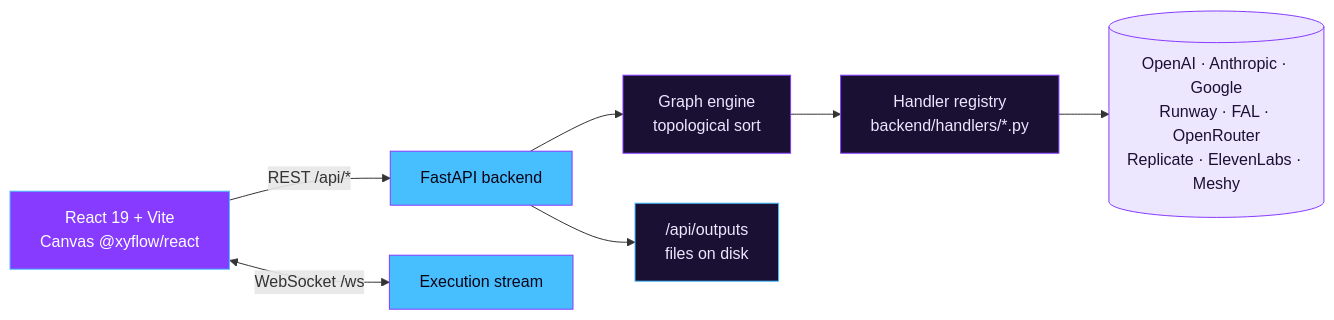
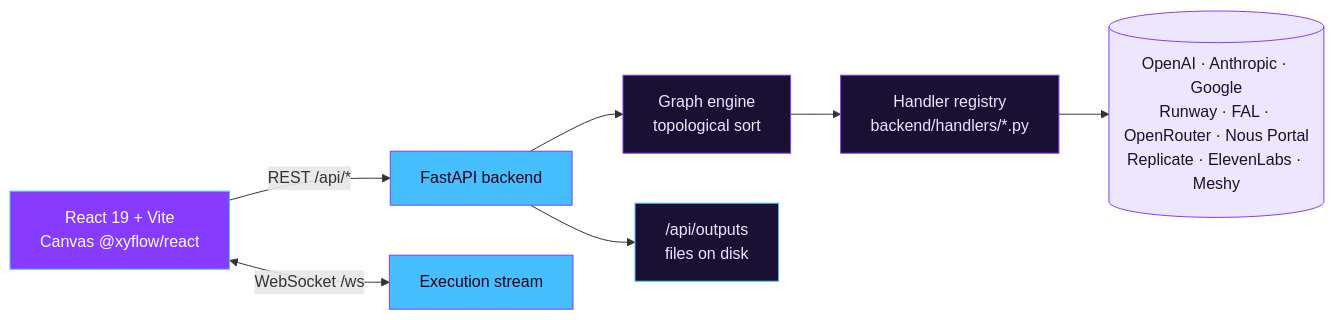
The diagram in README.md (JustinPerea/nebula-nodes), drawn with Mermaid before and after one commit. The commit also changed other lines of this file and 39 other files, not shown here.

First line of the commit message:
Daedalus + Hermes Agent + Nous Portal: full chat agent + canvas provider (#1)

````diff
--- a/README.md
+++ b/README.md
@@ -152,17 +153,17 @@
 ```mermaid
 graph LR
     UI[React 19 + Vite<br/>Canvas @xyflow/react] -->|REST /api/*| API[FastAPI backend]
     UI <-->|WebSocket /ws| WS[Execution stream]
     API --> ENGINE[Graph engine<br/>topological sort]
     ENGINE --> HANDLERS[Handler registry<br/>backend/handlers/*.py]
-    HANDLERS --> PROVIDERS[(OpenAI · Anthropic · Google<br/>Runway · FAL · OpenRouter<br/>Replicate · ElevenLabs · Meshy)]
+    HANDLERS --> PROVIDERS[(OpenAI · Anthropic · Google<br/>Runway · FAL · OpenRouter · Nous Portal<br/>Replicate · ElevenLabs · Meshy)]
     API --> OUT["/api/outputs<br/>files on disk"]
 
     style UI fill:#863bff,color:#fff,stroke:#47bfff
     style API fill:#47bfff,color:#0b0416,stroke:#863bff
     style ENGINE fill:#1a1033,color:#ede6ff,stroke:#863bff
     style HANDLERS fill:#1a1033,color:#ede6ff,stroke:#863bff
     style PROVIDERS fill:#ede6ff,color:#1a1033,stroke:#863bff
     style OUT fill:#1a1033,color:#ede6ff,stroke:#47bfff
     style WS fill:#47bfff,color:#0b0416,stroke:#863bff
 ```
````
